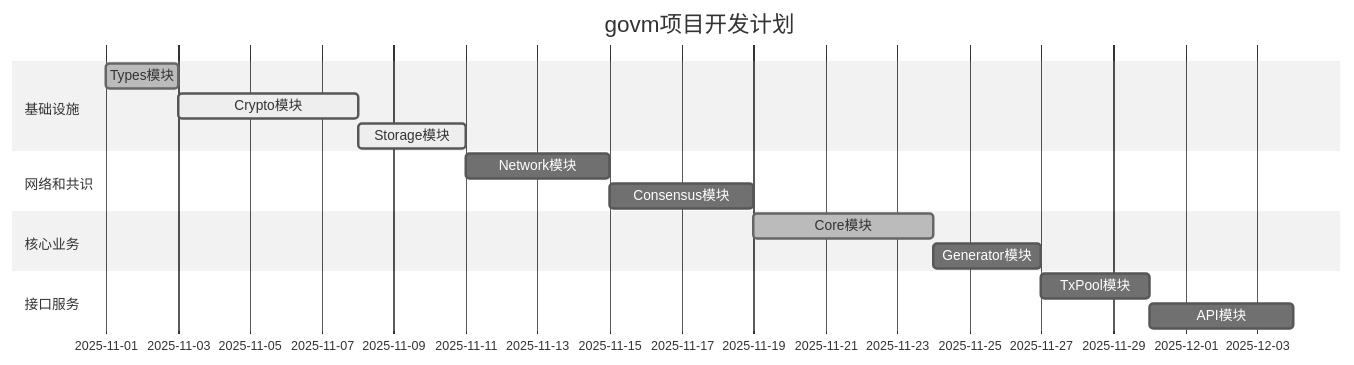
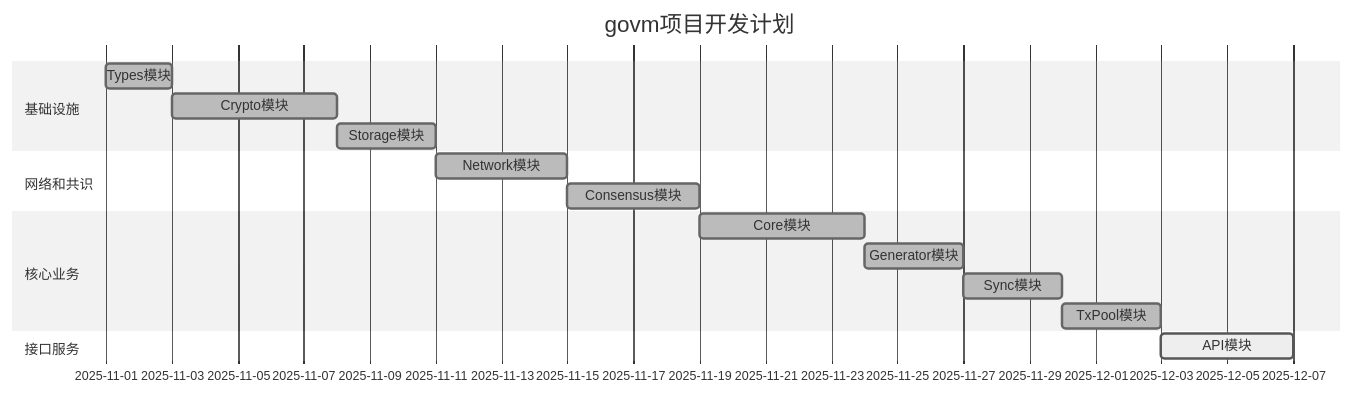
Before and after one commit to lengzhao/govm: the diagram in docs/development_plan.md, drawn with Mermaid (neutral theme). The commit also changed other lines of this file and 14 other files, not shown here.

````diff
--- a/docs/development_plan.md
+++ b/docs/development_plan.md
@@ -82,18 +100,19 @@
 ```mermaid
 gantt
     title govm项目开发计划
     dateFormat  YYYY-MM-DD
     section 基础设施
     Types模块           :done, des1, 2025-11-01, 2d
-    Crypto模块          :active, des2, 2025-11-03, 5d
-    Storage模块         :active, des3, 2025-11-08, 3d
+    Crypto模块          :done, des2, 2025-11-03, 5d
+    Storage模块         :done, des3, 2025-11-08, 3d
     section 网络和共识
-    Network模块         :des4, 2025-11-11, 4d
-    Consensus模块       :des5, 2025-11-15, 4d
+    Network模块         :done, des4, 2025-11-11, 4d
+    Consensus模块       :done, des5, 2025-11-15, 4d
     section 核心业务
     Core模块            :done, des6, 2025-11-19, 5d
-    Generator模块       :des7, 2025-11-24, 3d
+    Generator模块       :done, des7, 2025-11-24, 3d
+    Sync模块            :done, des8, 2025-11-27, 3d
+    TxPool模块          :done, des9, 2025-11-30, 3d
     section 接口服务
-    TxPool模块          :des8, 2025-11-27, 3d
-    API模块             :des9, 2025-11-30, 4d
+    API模块             :active, des10, 2025-12-03, 4d
 ```
````
